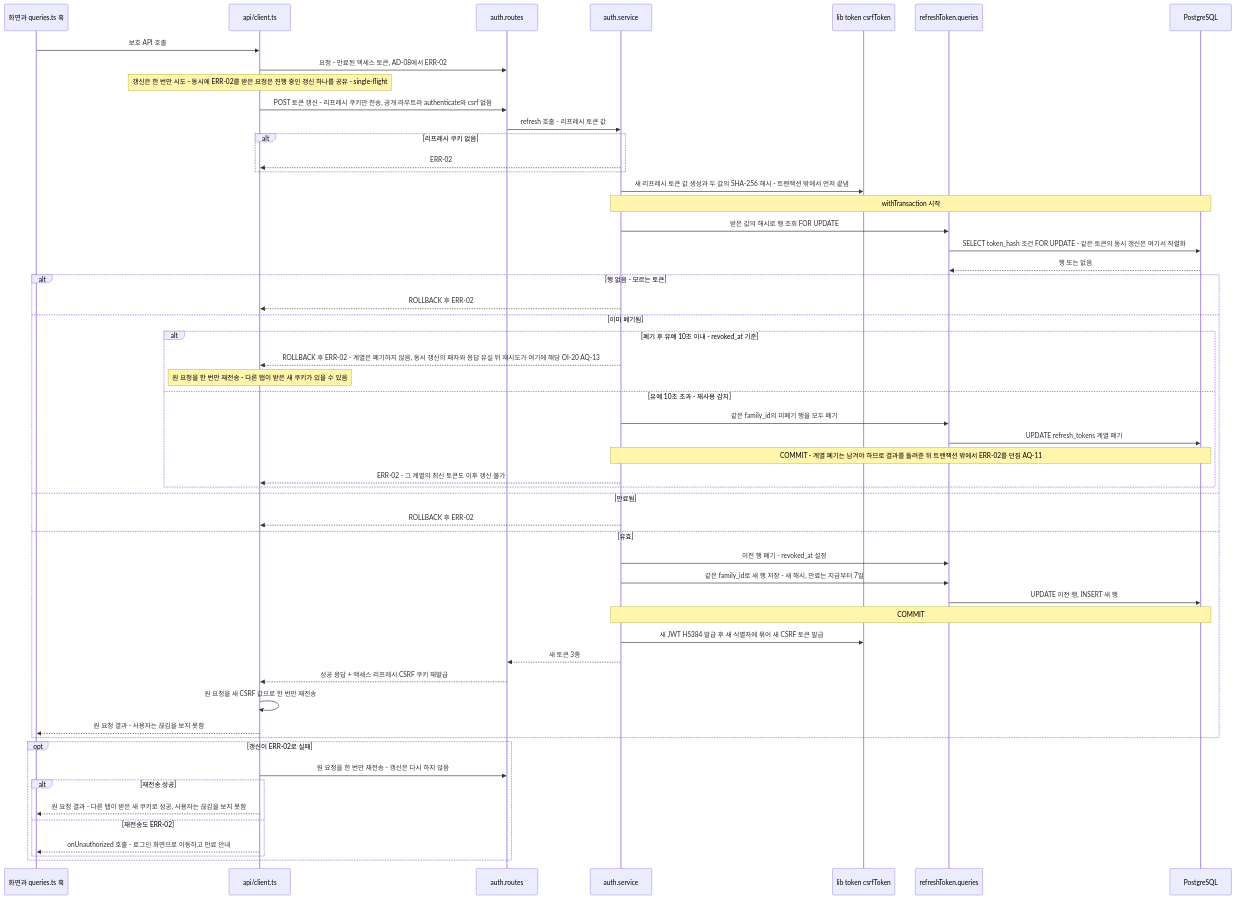
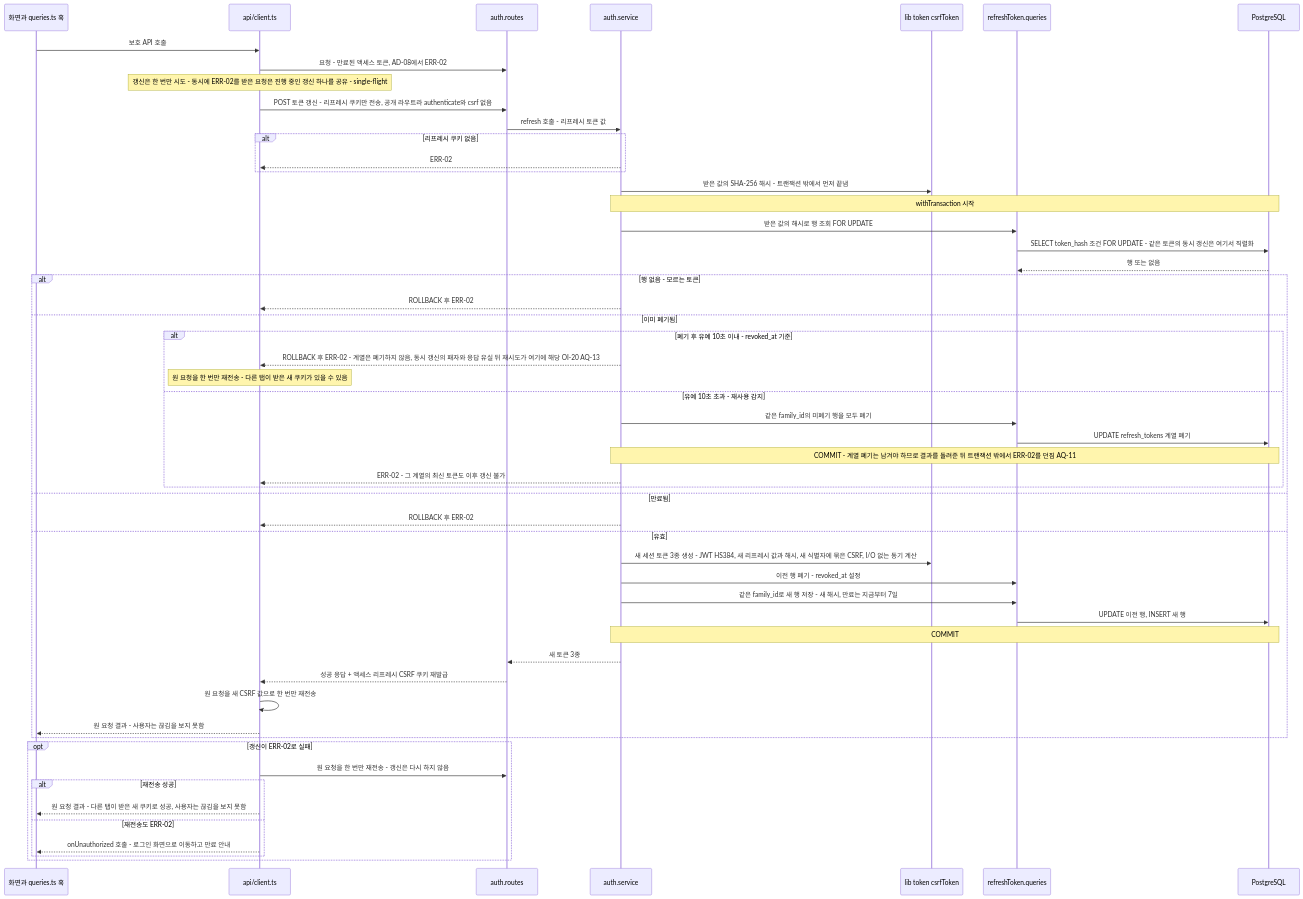
Diagram 13 of 13 in docs/6-arch-diagram.md (Palbok-Kim/todolist-app), drawn with Mermaid before and after one commit. The commit also changed other lines of this file and 101 other files, not shown here.

````diff
--- a/docs/6-arch-diagram.md
+++ b/docs/6-arch-diagram.md
@@ -732,57 +734,57 @@
 ```mermaid
 sequenceDiagram
     participant UI as 화면과 queries.ts 훅
     participant CL as api/client.ts
     participant RT as auth.routes
     participant SV as auth.service
     participant LB as lib token csrfToken
     participant RQ as refreshToken.queries
     participant DB as PostgreSQL
 
     UI->>CL: 보호 API 호출
     CL->>RT: 요청 - 만료된 액세스 토큰, AD-08에서 ERR-02
     Note over CL: 갱신은 한 번만 시도 - 동시에 ERR-02를 받은 요청은 진행 중인 갱신 하나를 공유 - single-flight
     CL->>RT: POST 토큰 갱신 - 리프레시 쿠키만 전송, 공개 라우트라 authenticate와 csrf 없음
     RT->>SV: refresh 호출 - 리프레시 토큰 값
     alt 리프레시 쿠키 없음
         SV-->>CL: ERR-02
     end
-    SV->>LB: 새 리프레시 토큰 값 생성과 두 값의 SHA-256 해시 - 트랜잭션 밖에서 먼저 끝냄
+    SV->>LB: 받은 값의 SHA-256 해시 - 트랜잭션 밖에서 먼저 끝냄
     Note over SV,DB: withTransaction 시작
     SV->>RQ: 받은 값의 해시로 행 조회 FOR UPDATE
     RQ->>DB: SELECT token_hash 조건 FOR UPDATE - 같은 토큰의 동시 갱신은 여기서 직렬화
     DB-->>RQ: 행 또는 없음
     alt 행 없음 - 모르는 토큰
         SV-->>CL: ROLLBACK 후 ERR-02
     else 이미 폐기됨
         alt 폐기 후 유예 10초 이내 - revoked_at 기준
             SV-->>CL: ROLLBACK 후 ERR-02 - 계열은 폐기하지 않음, 동시 갱신의 패자와 응답 유실 뒤 재시도가 여기에 해당 OI-20 AQ-13
             Note over CL: 원 요청을 한 번만 재전송 - 다른 탭이 받은 새 쿠키가 있을 수 있음
         else 유예 10초 초과 - 재사용 감지
             SV->>RQ: 같은 family_id의 미폐기 행을 모두 폐기
             RQ->>DB: UPDATE refresh_tokens 계열 폐기
             Note over SV,DB: COMMIT - 계열 폐기는 남겨야 하므로 결과를 돌려준 뒤 트랜잭션 밖에서 ERR-02를 던짐 AQ-11
             SV-->>CL: ERR-02 - 그 계열의 최신 토큰도 이후 갱신 불가
         end
     else 만료됨
         SV-->>CL: ROLLBACK 후 ERR-02
     else 유효
+        SV->>LB: 새 세션 토큰 3종 생성 - JWT HS384, 새 리프레시 값과 해시, 새 식별자에 묶은 CSRF, I/O 없는 동기 계산
         SV->>RQ: 이전 행 폐기 - revoked_at 설정
         SV->>RQ: 같은 family_id로 새 행 저장 - 새 해시, 만료는 지금부터 7일
         RQ->>DB: UPDATE 이전 행, INSERT 새 행
         Note over SV,DB: COMMIT
-        SV->>LB: 새 JWT HS384 발급 후 새 식별자에 묶어 새 CSRF 토큰 발급
         SV-->>RT: 새 토큰 3종
         RT-->>CL: 성공 응답 + 액세스 리프레시 CSRF 쿠키 재발급
         CL->>CL: 원 요청을 새 CSRF 값으로 한 번만 재전송
         CL-->>UI: 원 요청 결과 - 사용자는 끊김을 보지 못함
     end
     opt 갱신이 ERR-02로 실패
         CL->>RT: 원 요청을 한 번만 재전송 - 갱신은 다시 하지 않음
         alt 재전송 성공
             CL-->>UI: 원 요청 결과 - 다른 탭이 받은 새 쿠키로 성공, 사용자는 끊김을 보지 못함
         else 재전송도 ERR-02
             CL-->>UI: onUnauthorized 호출 - 로그인 화면으로 이동하고 만료 안내
         end
     end
 ```
````
